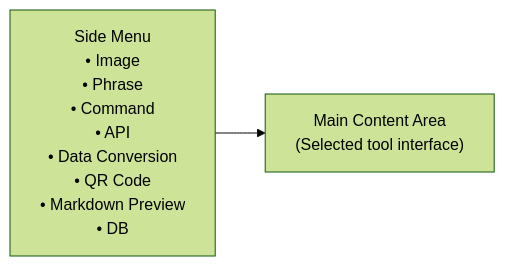
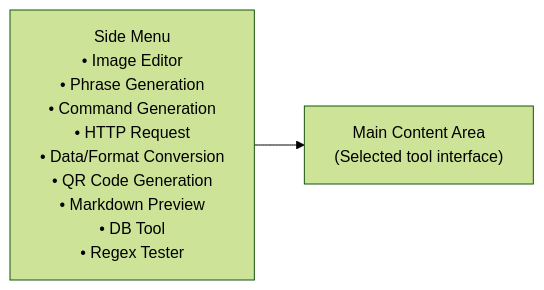
Before and after one commit to LotusAndCompany/devtools: the diagram in docs/user-guide/overview.md, drawn with Mermaid (forest theme). The commit also changed other lines of this file and 46 other files, not shown here.

````diff
--- a/docs/user-guide/overview.md
+++ b/docs/user-guide/overview.md
@@ -26,5 +27,5 @@
 ```mermaid
 flowchart LR
-    side["Side Menu<br/>• Image<br/>• Phrase<br/>• Command<br/>• API<br/>• Data Conversion<br/>• QR Code<br/>• Markdown Preview<br/>• DB"]
+    side["Side Menu<br/>• Image Editor<br/>• Phrase Generation<br/>• Command Generation<br/>• HTTP Request<br/>• Data/Format Conversion<br/>• QR Code Generation<br/>• Markdown Preview<br/>• DB Tool<br/>• Regex Tester"]
     side --> content["Main Content Area<br/>(Selected tool interface)"]
 ```
````
